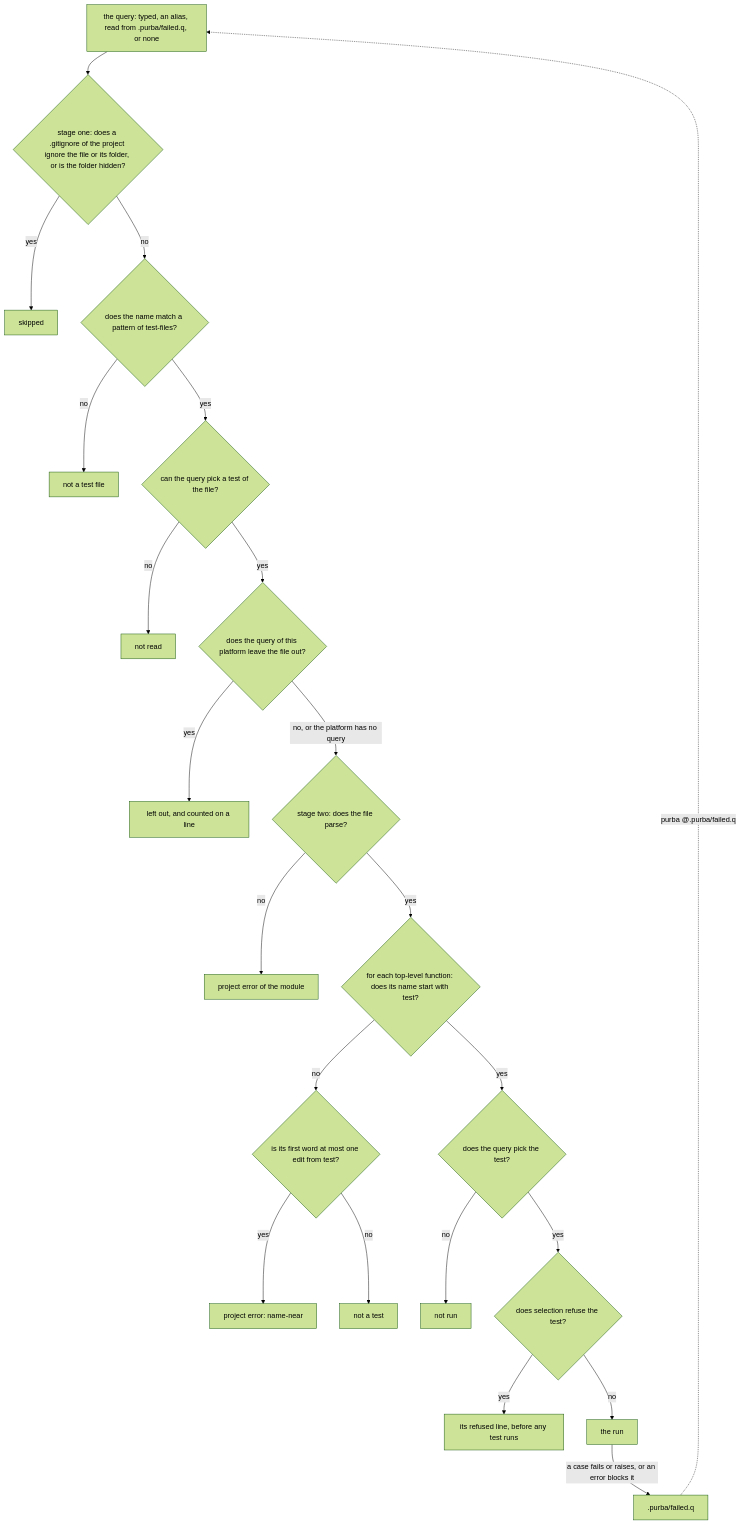
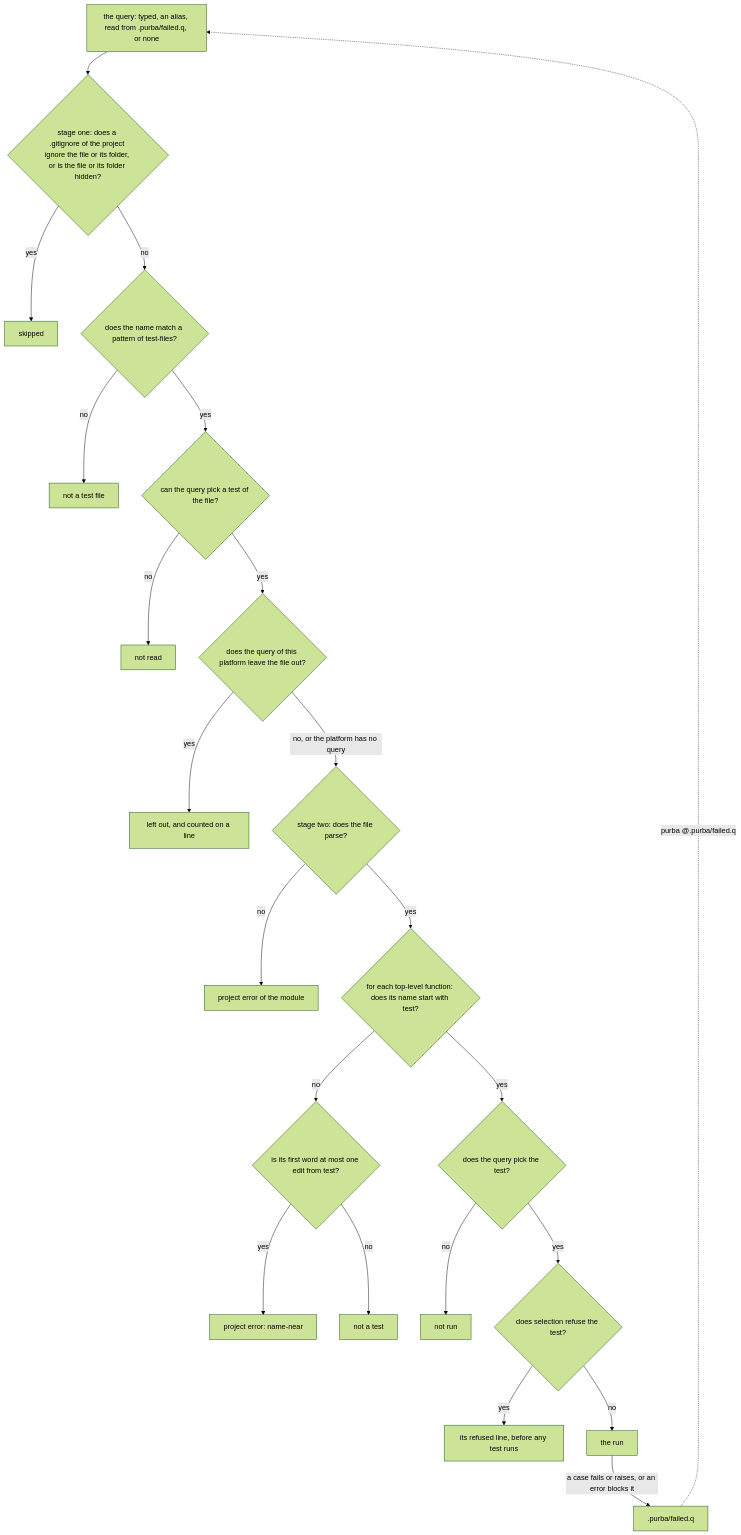
The first of 2 diagrams in docs/decisions/purba-picks-a-test-by-its-name-and-the-tests-of-a-run-by-one-query.md (kalonji-tools/purba), drawn with Mermaid (forest theme) before and after one commit. The commit also changed other lines of this file and 5 other files, not shown here.

````diff
--- a/docs/decisions/purba-picks-a-test-by-its-name-and-the-tests-of-a-run-by-one-query.md
+++ b/docs/decisions/purba-picks-a-test-by-its-name-and-the-tests-of-a-run-by-one-query.md
@@ -52,24 +52,24 @@
 ```mermaid
 flowchart TD
-  query["the query: typed, an alias, read from .purba/failed.q, or none"] --> folder{"stage one: does a .gitignore of the project ignore the file or its folder, or is the folder hidden?"}
+  query["the query: typed, an alias, read from .purba/failed.q, or none"] --> folder{"stage one: does a .gitignore of the project ignore the file or its folder, or is the file or its folder hidden?"}
   folder -- yes --> skipped["skipped"]
   folder -- no --> named{"does the name match a pattern of test-files?"}
   named -- no --> plain["not a test file"]
   named -- yes --> reach{"can the query pick a test of the file?"}
   reach -- no --> unread["not read"]
   reach -- yes --> platform{"does the query of this platform leave the file out?"}
   platform -- yes --> left["left out, and counted on a line"]
   platform -- "no, or the platform has no query" --> parsed{"stage two: does the file parse?"}
   parsed -- no --> broken["project error of the module"]
   parsed -- yes --> fn{"for each top-level function: does its name start with test?"}
   fn -- yes --> picked{"does the query pick the test?"}
   fn -- no --> near{"is its first word at most one edit from test?"}
   near -- yes --> perr["project error: name-near"]
   near -- no --> helper["not a test"]
   picked -- no --> idle["not run"]
   picked -- yes --> refused{"does selection refuse the test?"}
   refused -- yes --> refusedline["its refused line, before any test runs"]
   refused -- no --> run["the run"]
   run -- "a case fails or raises, or an error blocks it" --> failed[".purba/failed.q"]
   failed -. "purba @.purba/failed.q" .-> query
 ```
````
